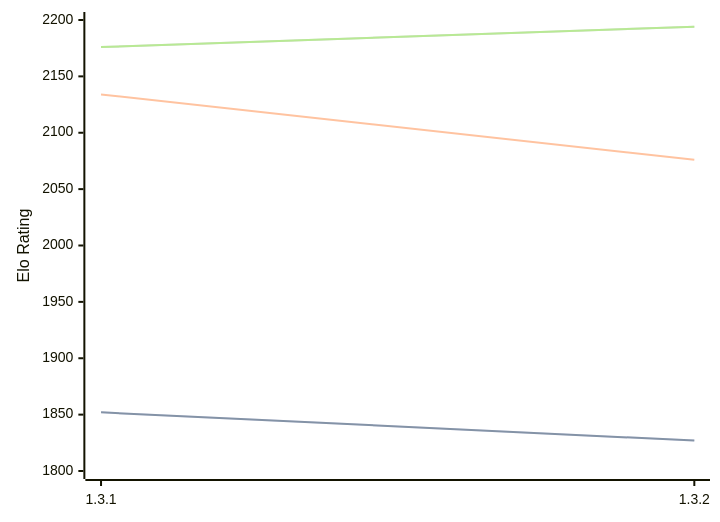
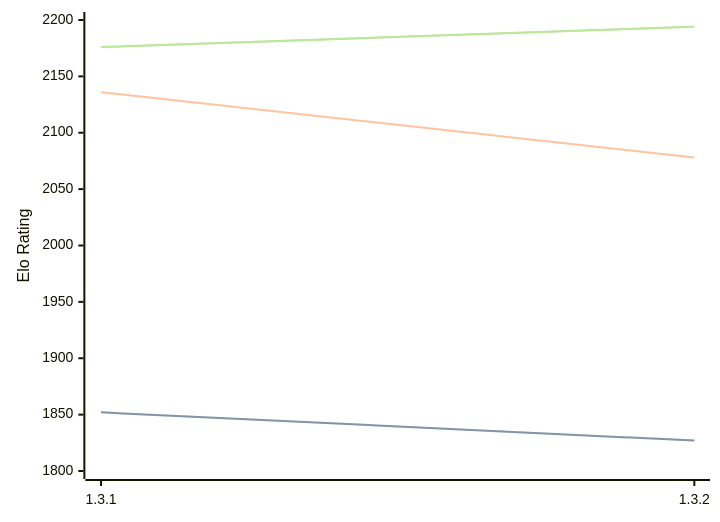
Before and after one commit to computer-chess-index/cci: the third of 3 diagrams in engines/Zugblitz.md, drawn with Mermaid. The commit also changed other lines of this file, not shown here.

````diff
--- a/engines/Zugblitz.md
+++ b/engines/Zugblitz.md
@@ -65,11 +65,11 @@
 ```mermaid
 %%{init: {"theme":"base","themeVariables":{"seriesColors:['#a3a3a3','#222221','#faa371']}}}%%
 xychart-beta
   x-axis ["1.3.1", "1.3.2"]
   y-axis "Elo Rating" 1800 --> 2200
   line "STC (8.0+0.08s)" [1852, 1827]
   line "STC (8.0+0.08s)" [1852, 1827]
-  line "LTC (60.0+0.60s)" [2134, 2076]
+  line "LTC (60.0+0.60s)" [2136, 2078]
   line "VLTC (2m24s+1.12s)" [2176, 2194]
   line "VLTC (2m24s+1.12s)" [2176, 2194]
 ```
````
